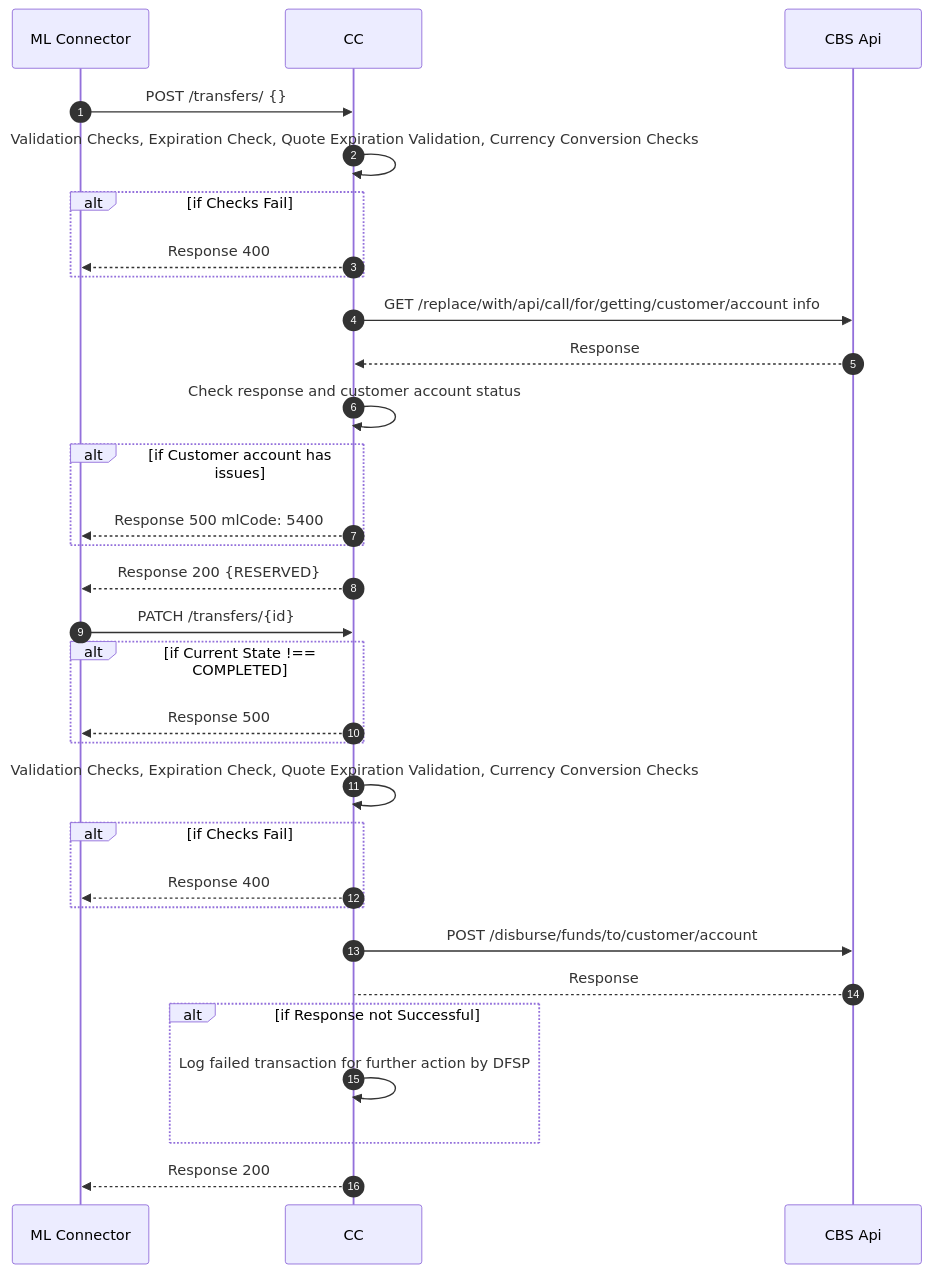
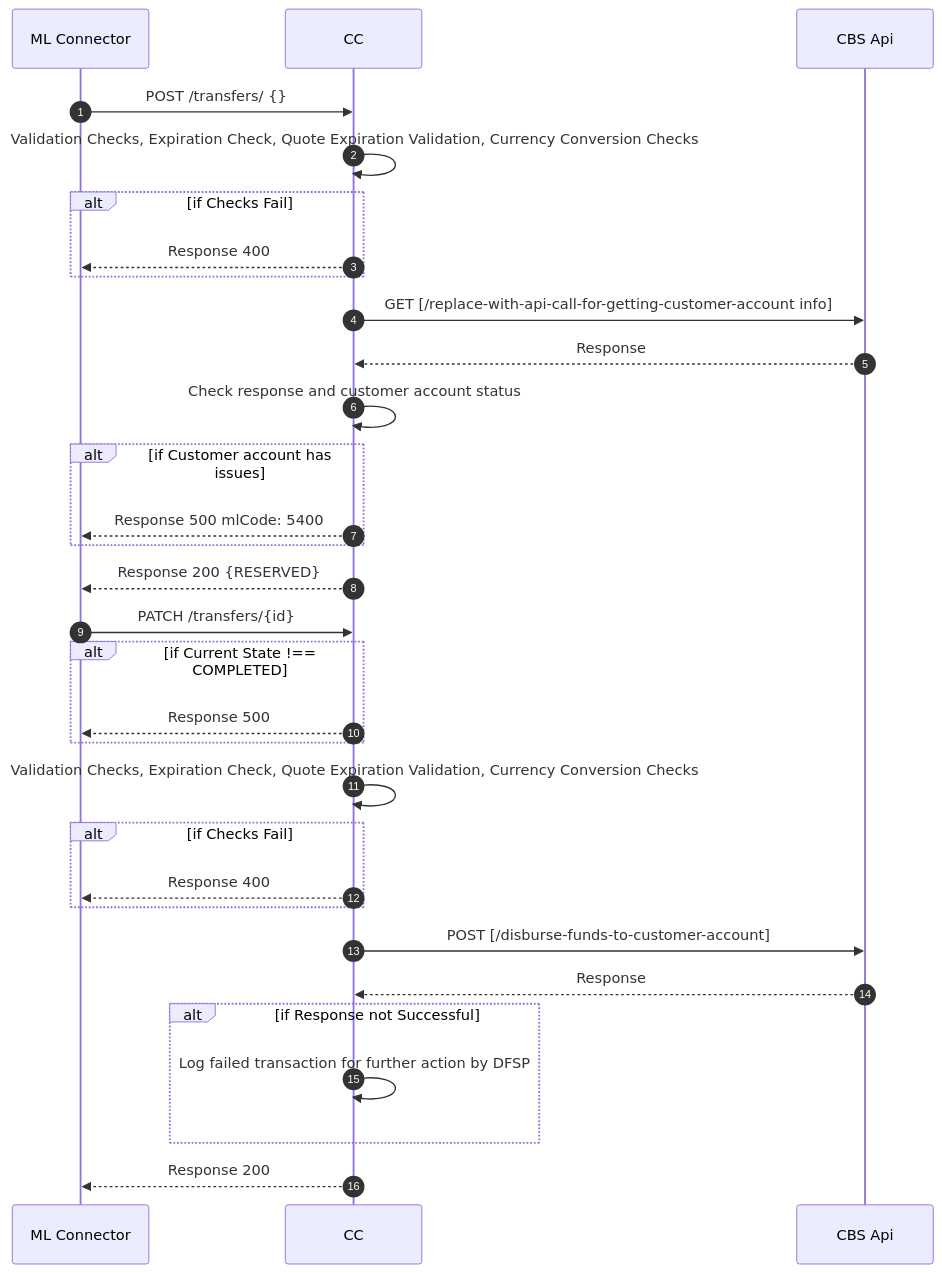
Before and after one commit to mojaloop/ml-reference-connectors: the diagram in core-connector-template/docs/payee-transfers.md, drawn with Mermaid. The commit also changed 3 other files, not shown here.

````diff
--- a/core-connector-template/docs/payee-transfers.md
+++ b/core-connector-template/docs/payee-transfers.md
@@ -4,31 +4,31 @@
 ```mermaid
 sequenceDiagram
   autoNumber
 ML Connector ->> CC:  POST /transfers/ {}
 CC->>CC:Validation Checks, Expiration Check, Quote Expiration Validation, Currency Conversion Checks
 Alt if Checks Fail
 CC-->>ML Connector: Response 400
 End
-CC->>CBS Api: GET /replace/with/api/call/for/getting/customer/account info
+CC->>CBS Api: GET [/replace-with-api-call-for-getting-customer-account info]
 CBS Api-->>CC: Response 
 CC->>CC: Check response and customer account status 
 Alt if Customer account has issues 
 CC-->> ML Connector: Response 500 mlCode: 5400
 End
 CC-->>ML Connector: Response 200 {RESERVED}
 ML Connector->>CC: PATCH /transfers/{id}
 Alt if Current State !== COMPLETED
 CC-->>ML Connector: Response 500
 End
 CC->>CC: Validation Checks, Expiration Check, Quote Expiration Validation, Currency Conversion Checks
 Alt if Checks Fail
 CC-->>ML Connector: Response 400
 End
-CC->>CBS Api: POST /disburse/funds/to/customer/account
-CBS Api-->CC: Response
+CC->>CBS Api: POST [/disburse-funds-to-customer-account]
+CBS Api-->>CC: Response
 Alt if Response not Successful
 CC->>CC: Log failed transaction for further action by DFSP
 End
 CC-->>ML Connector: Response 200
 
 ```
````
